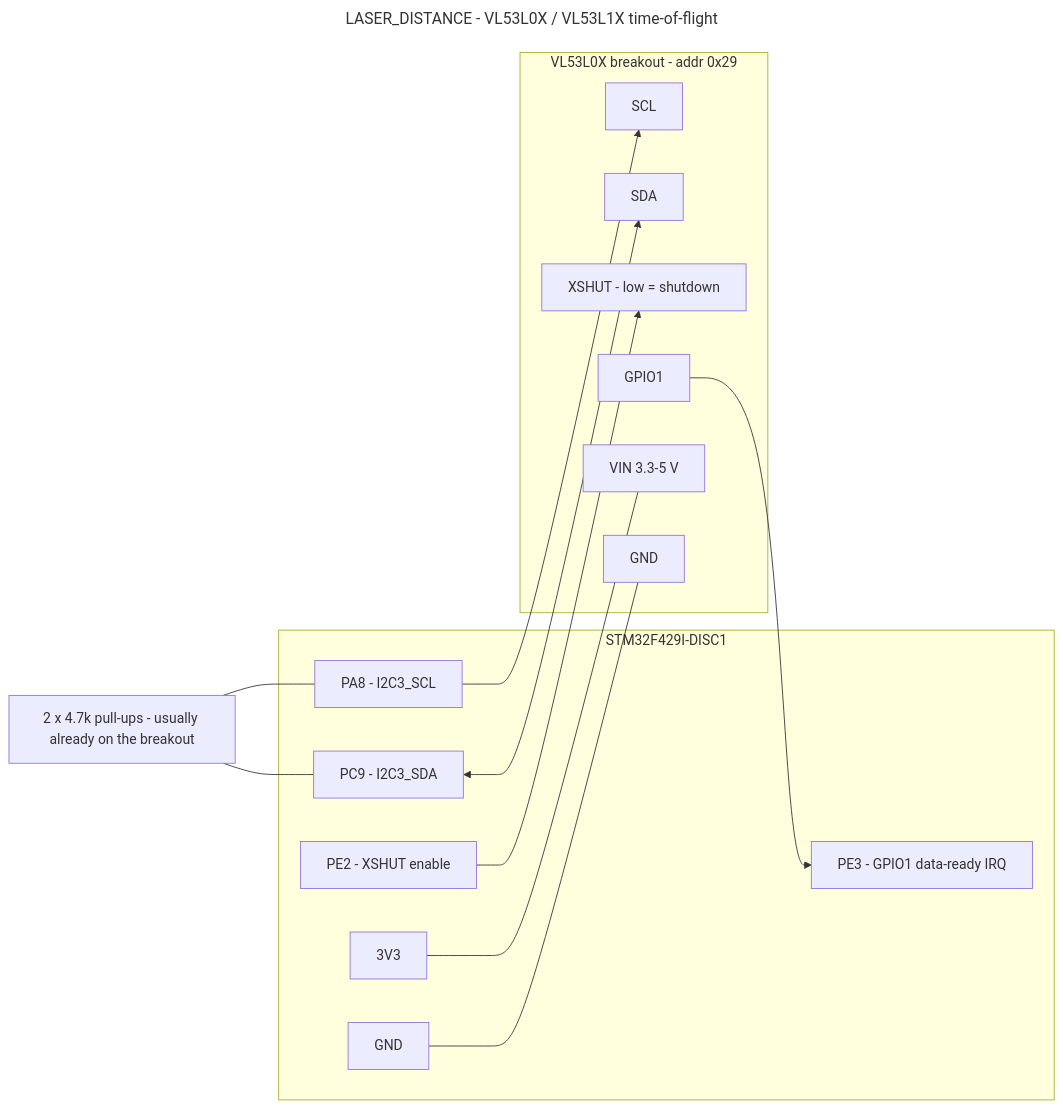
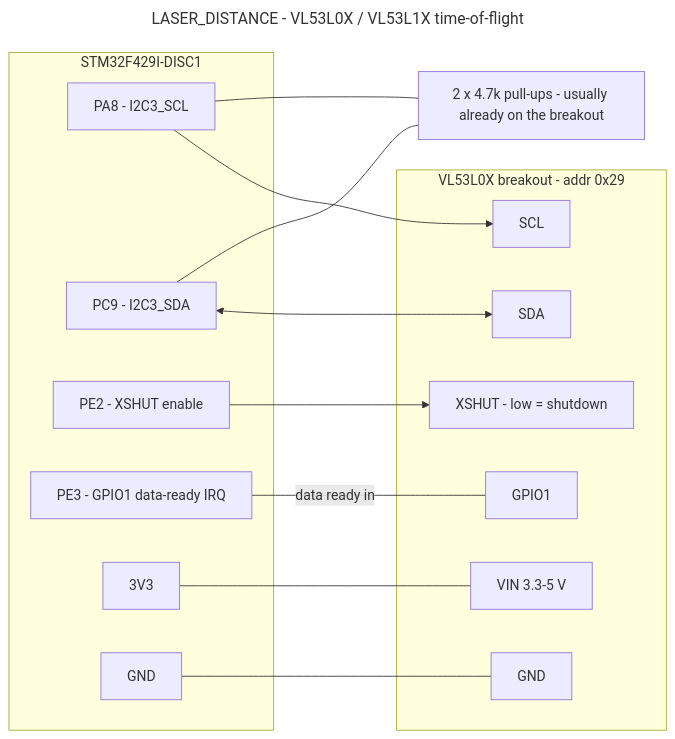
One commit to Ekpenyong-Esu/BareMetalMCU2 changed the diagram in Sensor_Cons/Peripherals/LASER_DISTANCE/laser_distance_wiring.mmd. Above: the diagram before and after it, drawn with Mermaid. The commit also changed 19 other files, not shown here.

First line of the commit message:
Rank every wiring diagram into a single row

```diff
--- a/Sensor_Cons/Peripherals/LASER_DISTANCE/laser_distance_wiring.mmd
+++ b/Sensor_Cons/Peripherals/LASER_DISTANCE/laser_distance_wiring.mmd
@@ -1,38 +1,38 @@
 ---
 title: LASER_DISTANCE - VL53L0X / VL53L1X time-of-flight
 ---
 %% NO DOCUMENTED PINS beyond the I2C address - the application opens the bus.
 %% PA8 / PC9 are already I2C3 in project.ioc. XSHUT and GPIO1 use free pins.
 %% Default address 0x29 (7-bit) is the same on every VL53L0X, so to run more
 %% than one you hold all XSHUT low, release one at a time and re-address it.
 %% Most breakouts have an onboard regulator and level shifters, so 5 V is fine
 %% on VIN - but the bare chip is 2.8 V only.
 flowchart LR
     subgraph MCU["STM32F429I-DISC1"]
         SCL["PA8 - I2C3_SCL"]
         SDA["PC9 - I2C3_SDA"]
         XS["PE2 - XSHUT enable"]
         INT["PE3 - GPIO1 data-ready IRQ"]
         V33["3V3"]
         GND["GND"]
     end
 
     PU["2 x 4.7k pull-ups - usually already on the breakout"]
 
     subgraph TOF["VL53L0X breakout - addr 0x29"]
         tSCL["SCL"]
         tSDA["SDA"]
         tXS["XSHUT - low = shutdown"]
         tINT["GPIO1"]
         tV["VIN 3.3-5 V"]
         tG["GND"]
     end
 
-    PU --- SCL
-    PU --- SDA
+    SCL --- PU
+    SDA --- PU
     SCL --> tSCL
     SDA <--> tSDA
     XS --> tXS
-    tINT --> INT
+    INT ---|"data ready in"| tINT
     V33 --- tV
     GND --- tG
```
